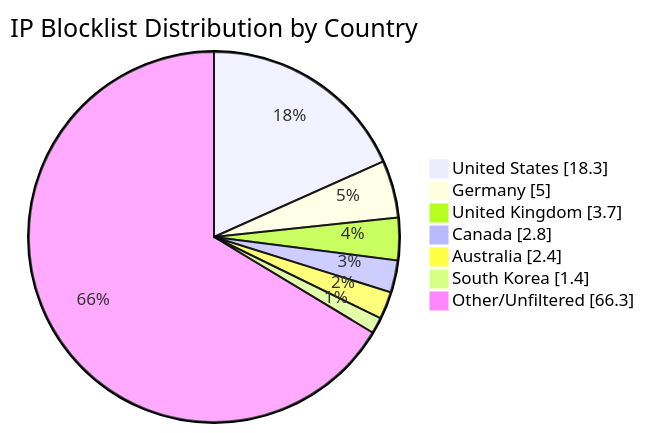
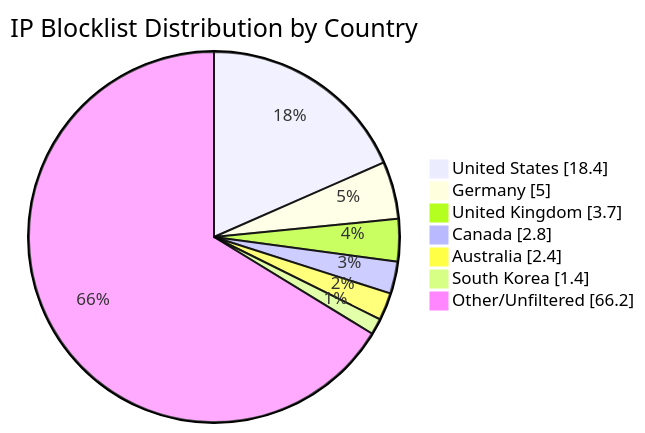
The diagram in README.md (MarcusHoltz/ipblocklist-geofiltered-aggregator), drawn with Mermaid before and after one commit. The commit also changed other lines of this file and 9 other files, not shown here.

````diff
--- a/README.md
+++ b/README.md
@@ -34,10 +34,10 @@
 ```mermaid
 pie showData title IP Blocklist Distribution by Country
-"United States" : 18.3
+"United States" : 18.4
 "Germany" : 5.0
 "United Kingdom" : 3.7
 "Canada" : 2.8
 "Australia" : 2.4
 "South Korea" : 1.4
-"Other/Unfiltered" : 66.3
+"Other/Unfiltered" : 66.2
 ```
````
